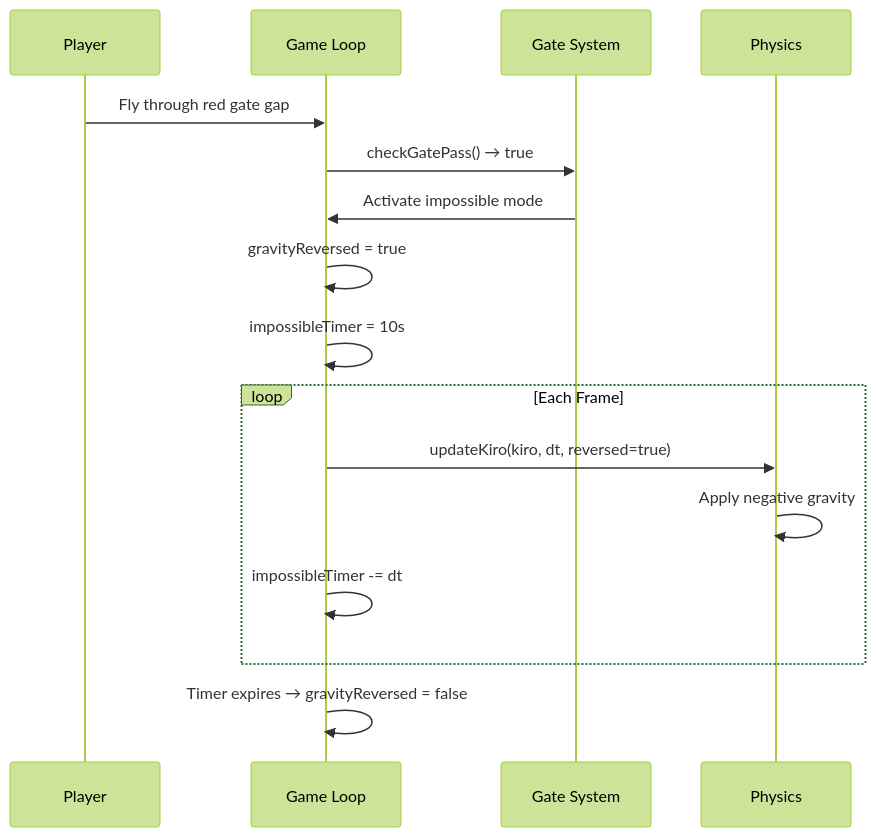
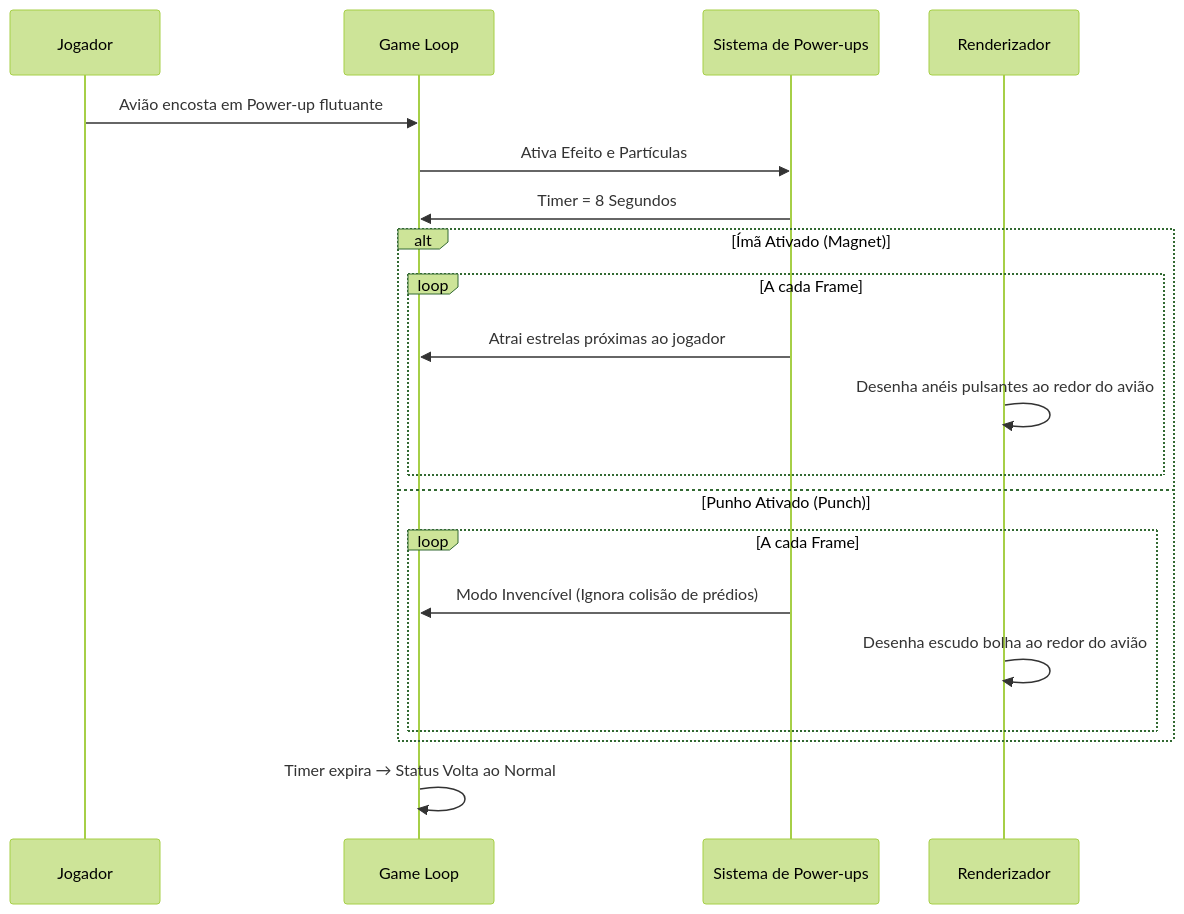
One commit to camialmeidas/camikaze-flappy-game changed the sixth of 6 diagrams in README.md. Above: the diagram before and after it, drawn with Mermaid (forest theme). The commit also changed other lines of this file and 2 other files, not shown here.

````diff
--- a/README.md
+++ b/README.md
@@ -151,19 +148,23 @@
 ```mermaid
 sequenceDiagram
-    participant P as Player
+    participant P as Jogador
     participant G as Game Loop
-    participant Gate as Gate System
-    participant Phys as Physics
+    participant PU as Sistema de Power-ups
+    participant R as Renderizador
 
-    P->>G: Fly through red gate gap
-    G->>Gate: checkGatePass() → true
-    Gate->>G: Activate impossible mode
-    G->>G: gravityReversed = true
-    G->>G: impossibleTimer = 10s
-    loop Each Frame
-        G->>Phys: updateKiro(kiro, dt, reversed=true)
-        Phys->>Phys: Apply negative gravity
-        G->>G: impossibleTimer -= dt
+    P->>G: Avião encosta em Power-up flutuante
+    G->>PU: Ativa Efeito e Partículas
+    PU->>G: Timer = 8 Segundos
+    alt Ímã Ativado (Magnet)
+        loop A cada Frame
+            PU->>G: Atrai estrelas próximas ao jogador
+            R->>R: Desenha anéis pulsantes ao redor do avião
+        end
+    else Punho Ativado (Punch)
+        loop A cada Frame
+            PU->>G: Modo Invencível (Ignora colisão de prédios)
+            R->>R: Desenha escudo bolha ao redor do avião
+        end
     end
-    G->>G: Timer expires → gravityReversed = false
+    G->>G: Timer expira → Status Volta ao Normal
 ```
````
